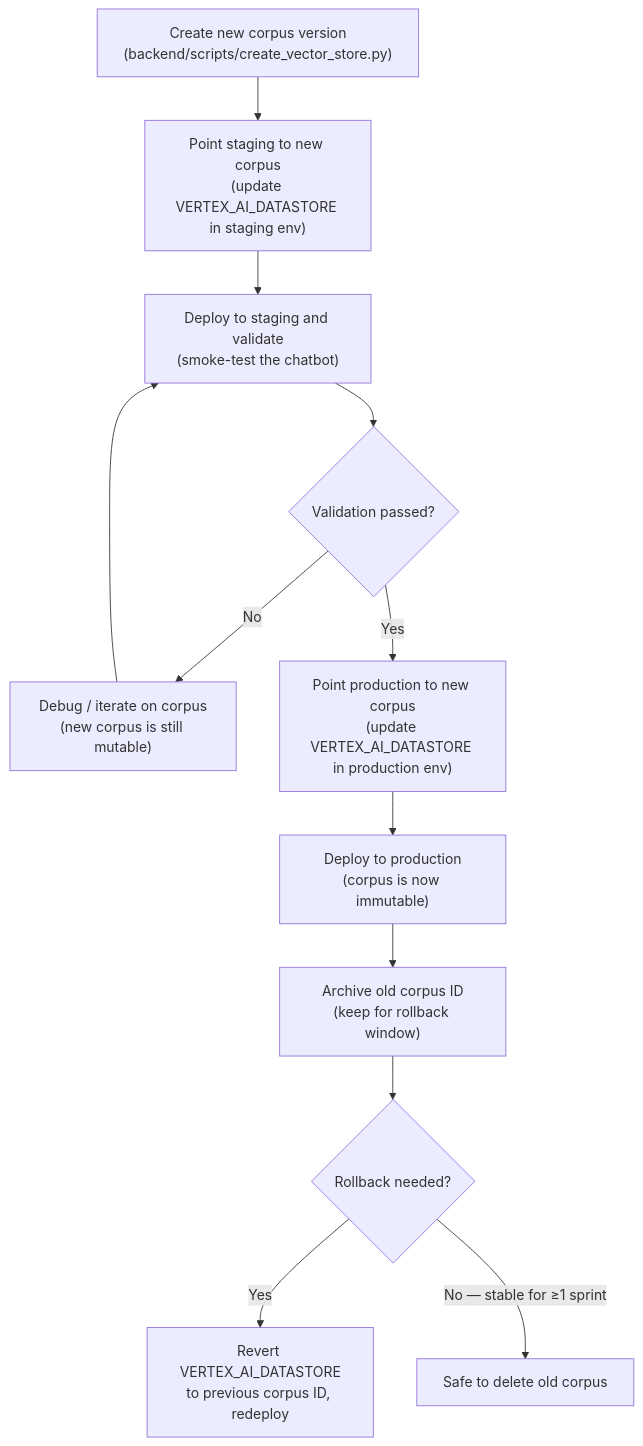
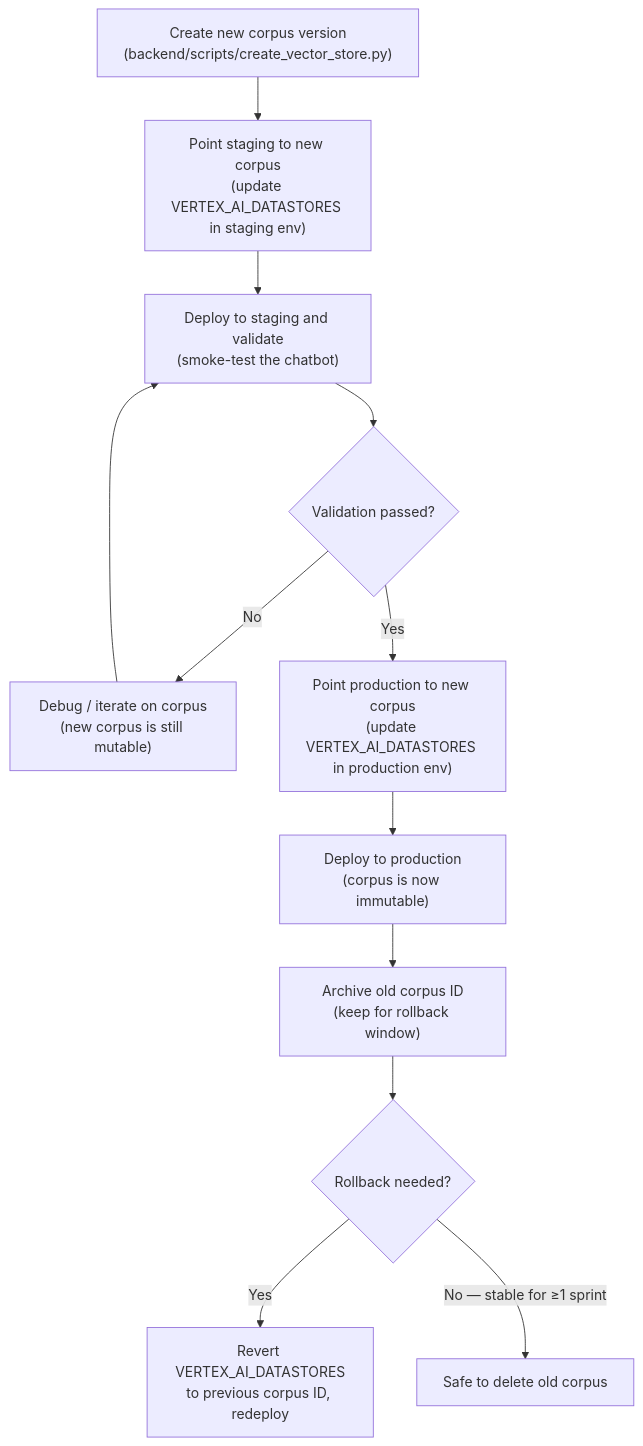
One commit to codeforpdx/tenantfirstaid changed the second of 5 diagrams in Deployment.md. Above: the diagram before and after it, drawn with Mermaid. The commit also changed other lines of this file, not shown here.

````diff
--- a/Deployment.md
+++ b/Deployment.md
@@ -82,14 +82,14 @@
 ```mermaid
 flowchart TD
-    A["Create new corpus version<br/>(backend/scripts/create_vector_store.py)"] --> B["Point staging to new corpus<br/>(update VERTEX_AI_DATASTORE in staging env)"]
+    A["Create new corpus version<br/>(backend/scripts/create_vector_store.py)"] --> B["Point staging to new corpus<br/>(update VERTEX_AI_DATASTORES in staging env)"]
     B --> C["Deploy to staging and validate<br/>(smoke-test the chatbot)"]
     C --> D{"Validation passed?"}
     D -->|No| E["Debug / iterate on corpus<br/>(new corpus is still mutable)"]
     E --> C
-    D -->|Yes| F["Point production to new corpus<br/>(update VERTEX_AI_DATASTORE in production env)"]
+    D -->|Yes| F["Point production to new corpus<br/>(update VERTEX_AI_DATASTORES in production env)"]
     F --> G["Deploy to production<br/>(corpus is now immutable)"]
     G --> H["Archive old corpus ID<br/>(keep for rollback window)"]
     H --> I{"Rollback needed?"}
-    I -->|Yes| J["Revert VERTEX_AI_DATASTORE<br/>to previous corpus ID, redeploy"]
+    I -->|Yes| J["Revert VERTEX_AI_DATASTORES<br/>to previous corpus ID, redeploy"]
     I -->|No — stable for ≥1 sprint| K["Safe to delete old corpus"]
 ```
````
